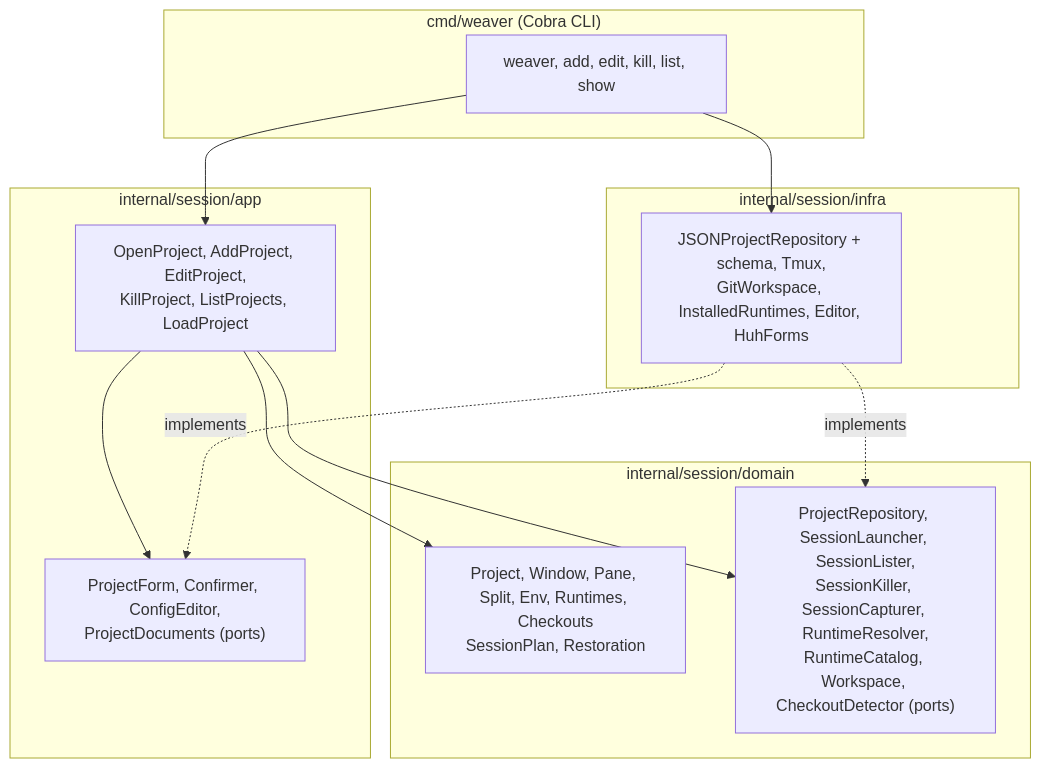
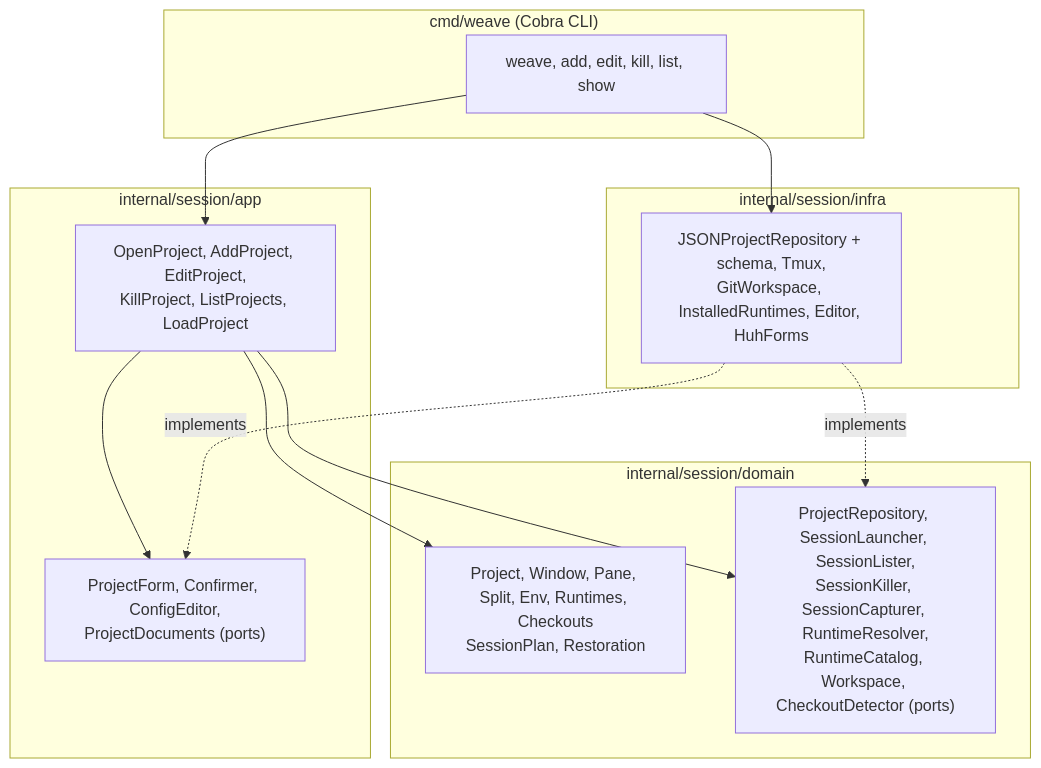
One commit to medilies/weaver changed the diagram in README.md. Above: the diagram before and after it, drawn with Mermaid. The commit also changed other lines of this file and 20 other files, not shown here.

First line of the commit message:
feat(cli)!: rename the command to weave

````diff
--- a/README.md
+++ b/README.md
@@ -149,25 +150,25 @@
 ```mermaid
 graph TD
-    subgraph cmd["cmd/weaver (Cobra CLI)"]
-        CLI["weaver, add, edit, kill, list, show"]
+    subgraph cmd["cmd/weave (Cobra CLI)"]
+        CLI["weave, add, edit, kill, list, show"]
     end
     subgraph app["internal/session/app"]
         UC["OpenProject, AddProject, EditProject,<br/>KillProject, ListProjects, LoadProject"]
         AP["ProjectForm, Confirmer, ConfigEditor,<br/>ProjectDocuments (ports)"]
     end
     subgraph domain["internal/session/domain"]
         M["Project, Window, Pane, Split, Env, Runtimes, Checkouts<br/>SessionPlan, Restoration"]
         DP["ProjectRepository, SessionLauncher, SessionLister,<br/>SessionKiller, SessionCapturer, RuntimeResolver,<br/>RuntimeCatalog, Workspace, CheckoutDetector (ports)"]
     end
     subgraph infra["internal/session/infra"]
         A["JSONProjectRepository + schema, Tmux,<br/>GitWorkspace, InstalledRuntimes, Editor, HuhForms"]
     end
 
     CLI --> UC
     CLI --> A
     UC --> M
     UC --> DP
     UC --> AP
     A -.implements.-> DP
     A -.implements.-> AP
 ```
````
